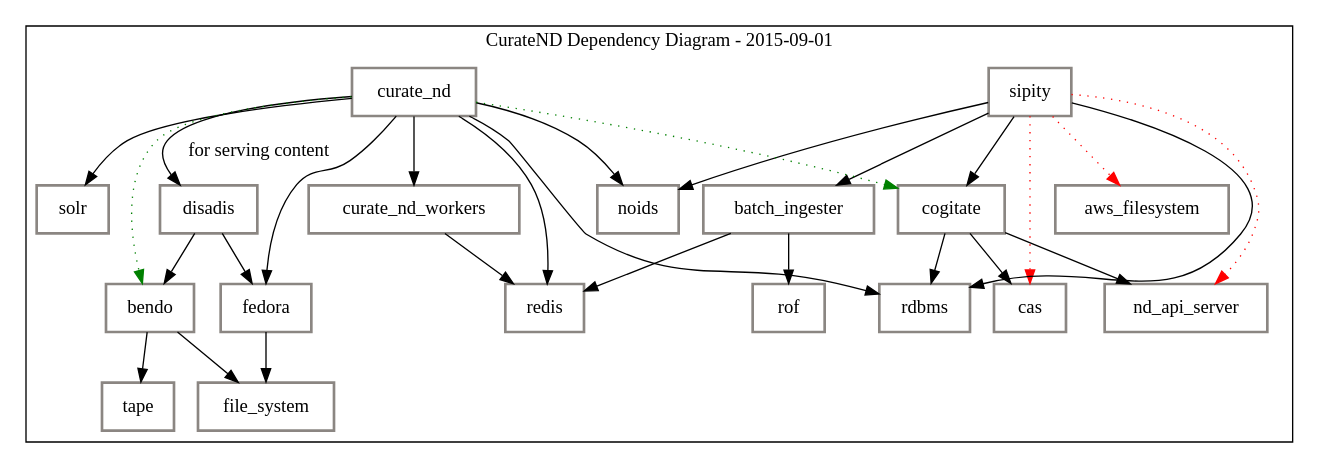
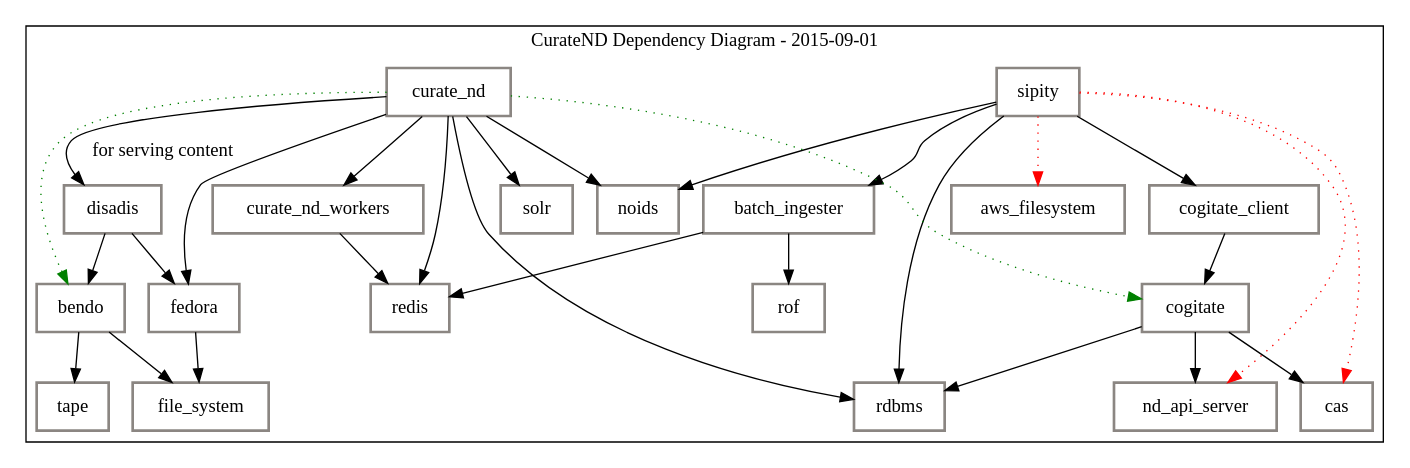
One commit to zchen12wpi/curate_nd changed the diagram in architecture/hydra-connect-2015-dependency-diagram.dot. Above: the diagram before and after it, drawn with Graphviz. The commit also changed 1 other file, not shown here.

Commit message:
Amending architecture dependencies
[skip ci]

```diff
--- a/architecture/hydra-connect-2015-dependency-diagram.dot
+++ b/architecture/hydra-connect-2015-dependency-diagram.dot
@@ -1,37 +1,38 @@
 digraph "G" {
     compound=true;
     node[color="grey15" shape=record penwidth=2 margin="0.15, 0.125"];
 
     subgraph cluster_0 {
         label="CurateND Dependency Diagram - 2015-09-01"
         node[style=filled fillcolor=white color="seashell4"]
         sipity -> aws_filesystem[style="dotted" color="red"]
         sipity -> cas[style="dotted" color="red"]
         sipity -> rdbms
         sipity -> batch_ingester
         sipity -> noids
-        sipity -> cogitate
+        sipity -> cogitate_client
         sipity -> nd_api_server[style="dotted" color="red"]
         cogitate -> cas
+        cogitate_client -> cogitate
         cogitate -> rdbms
         cogitate -> nd_api_server
         curate_nd -> noids
         curate_nd -> disadis[label="for serving content"]
         curate_nd -> rdbms
         curate_nd -> redis
         curate_nd -> fedora
         curate_nd -> solr
         curate_nd -> curate_nd_workers
         curate_nd -> cogitate[style="dotted" color="green"]
         curate_nd -> bendo[style="dotted" color="green"]
         batch_ingester -> redis
         batch_ingester -> rof
         curate_nd_workers -> redis
         disadis -> fedora
         disadis -> bendo
         fedora -> file_system
         bendo -> file_system
         bendo -> tape
     }
 
 }
```
